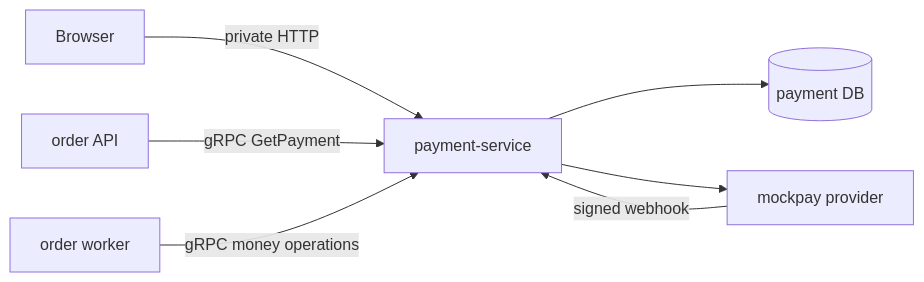
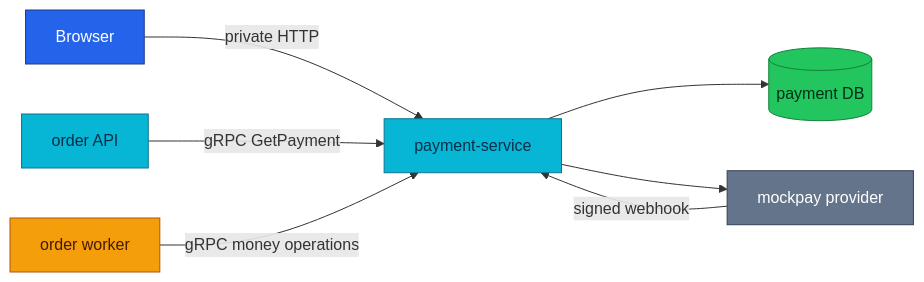
The first of 3 diagrams in docs/api/payments.md (duynhlab/homelab), drawn with Mermaid before and after one commit. The commit also changed other lines of this file and 15 other files, not shown here.

First line of the commit message:
Improve API architecture diagrams (#513)

````diff
--- a/docs/api/payments.md
+++ b/docs/api/payments.md
@@ -26,9 +26,20 @@
 ```mermaid
 flowchart LR
     Browser -->|"private HTTP"| Payment["payment-service"]
     Provider["mockpay provider"] -->|"signed webhook"| Payment
     OrderAPI["order API"] -->|"gRPC GetPayment"| Payment
     Worker["order worker"] -->|"gRPC money operations"| Payment
     Payment --> DB[(payment DB)]
     Payment --> Provider
+
+    classDef edge fill:#2563eb,color:#fff,stroke:#1e3a8a;
+    classDef service fill:#06b6d4,color:#082f49,stroke:#0e7490;
+    classDef worker fill:#f59e0b,color:#451a03,stroke:#b45309;
+    classDef data fill:#22c55e,color:#052e16,stroke:#15803d;
+    classDef external fill:#64748b,color:#fff,stroke:#334155;
+    class Browser edge;
+    class Payment,OrderAPI service;
+    class Worker worker;
+    class DB data;
+    class Provider external;
 ```
````
